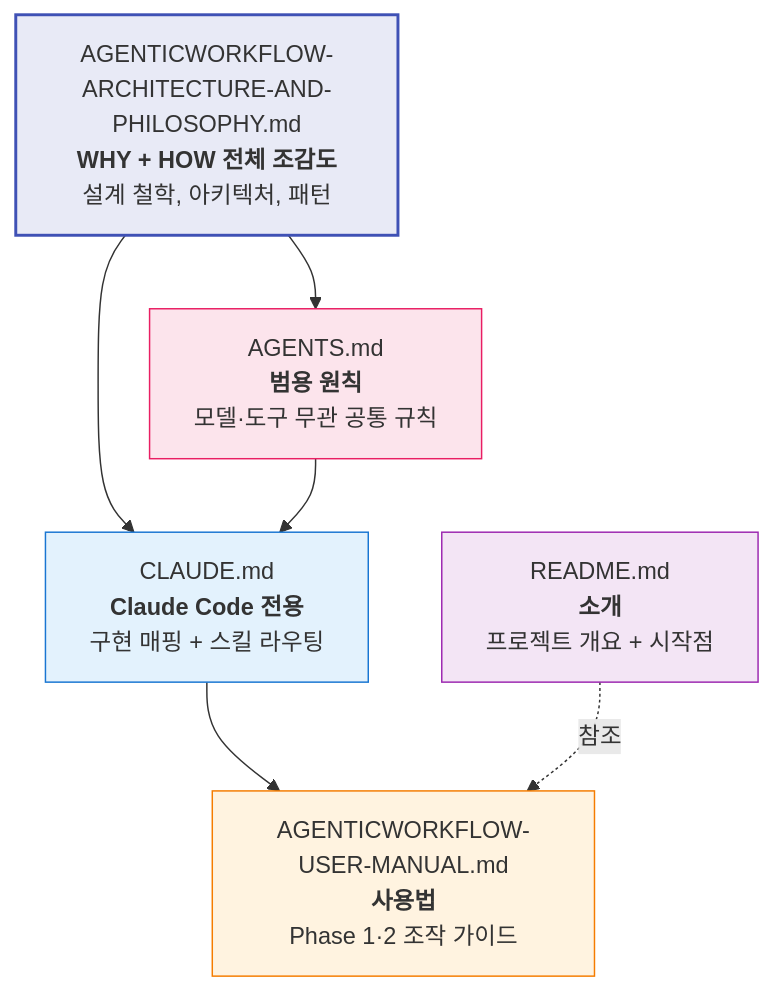
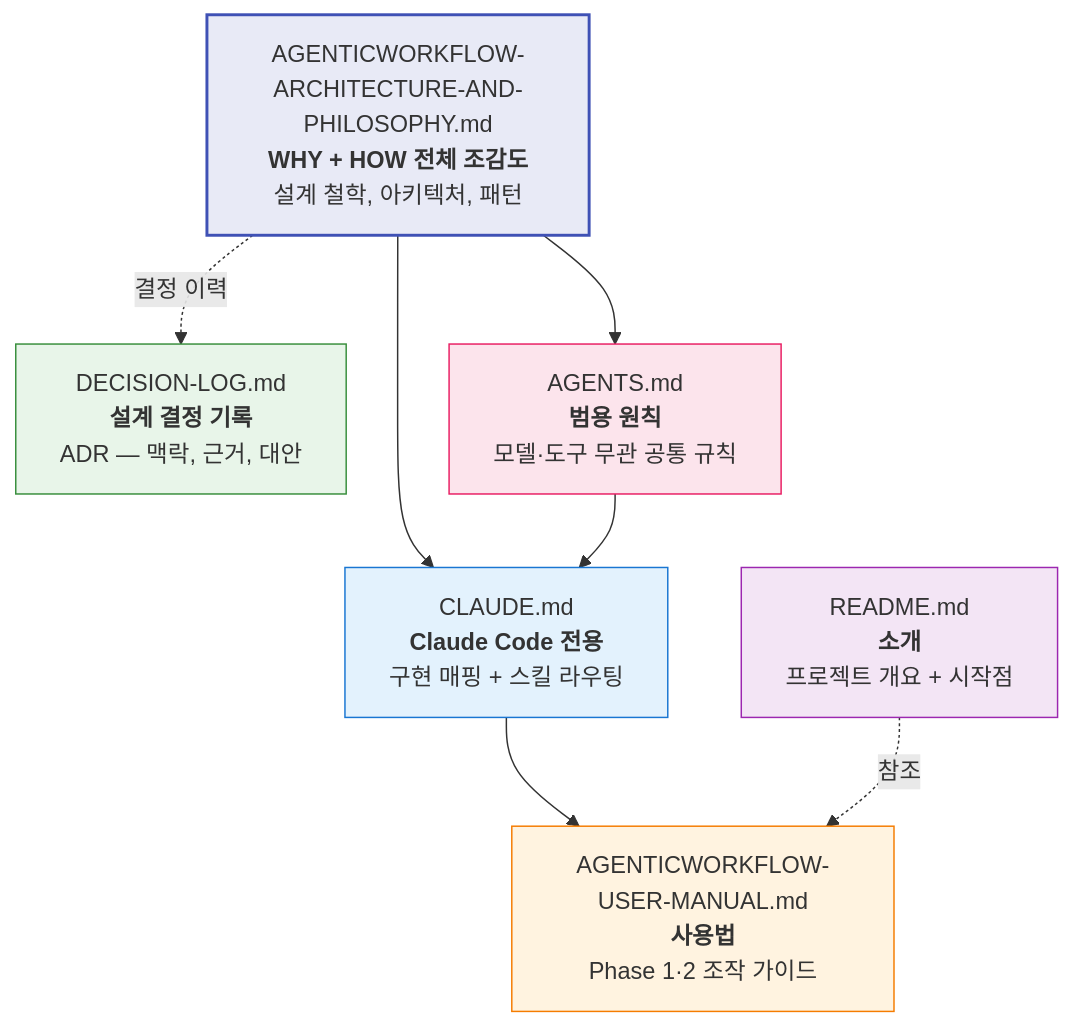
Before and after one commit to oogisoogi/AgenticWorkflow: diagram 13 of 13 in AGENTICWORKFLOW-ARCHITECTURE-AND-PHILOSOPHY.md, drawn with Mermaid. The commit also changed other lines of this file and 8 other files, not shown here.

First line of the commit message:
docs: DECISION-LOG.md 생성 — 30개 ADR로 프로젝트 설계 결정 추적

````diff
--- a/AGENTICWORKFLOW-ARCHITECTURE-AND-PHILOSOPHY.md
+++ b/AGENTICWORKFLOW-ARCHITECTURE-AND-PHILOSOPHY.md
@@ -1149,20 +1149,23 @@
 ```mermaid
 graph TB
     ARCH["AGENTICWORKFLOW-ARCHITECTURE-AND-PHILOSOPHY.md<br/><b>WHY + HOW 전체 조감도</b><br/>설계 철학, 아키텍처, 패턴"]
+    ADR["DECISION-LOG.md<br/><b>설계 결정 기록</b><br/>ADR — 맥락, 근거, 대안"]
     AGENTS["AGENTS.md<br/><b>범용 원칙</b><br/>모델·도구 무관 공통 규칙"]
     CLAUDE["CLAUDE.md<br/><b>Claude Code 전용</b><br/>구현 매핑 + 스킬 라우팅"]
     MANUAL["AGENTICWORKFLOW-USER-MANUAL.md<br/><b>사용법</b><br/>Phase 1·2 조작 가이드"]
     README["README.md<br/><b>소개</b><br/>프로젝트 개요 + 시작점"]
 
     ARCH --> AGENTS
     ARCH --> CLAUDE
+    ARCH -.->|"결정 이력"| ADR
     AGENTS --> CLAUDE
     CLAUDE --> MANUAL
     README -.->|"참조"| MANUAL
 
     style ARCH fill:#e8eaf6,stroke:#3f51b5,stroke-width:2px
+    style ADR fill:#e8f5e9,stroke:#388e3c
     style AGENTS fill:#fce4ec,stroke:#e91e63
     style CLAUDE fill:#e3f2fd,stroke:#1976d2
     style MANUAL fill:#fff3e0,stroke:#f57c00
     style README fill:#f3e5f5,stroke:#9c27b0
 ```
````
